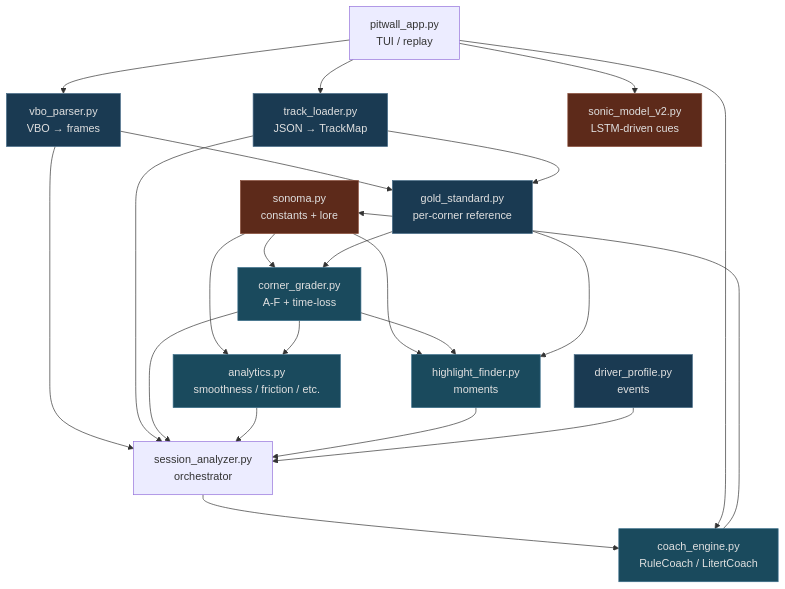
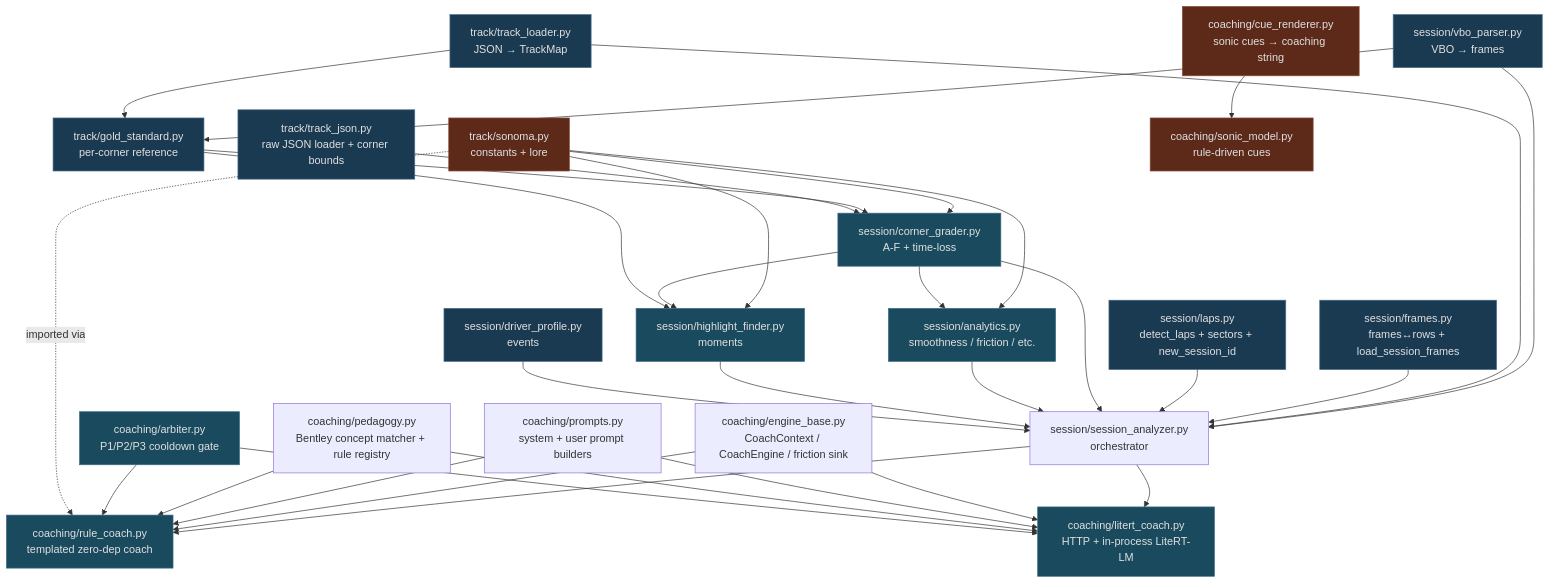
One commit to mlnomadpy/pitwall changed the second of 14 diagrams in docs/internal_architecture.md. Above: the diagram before and after it, drawn with Mermaid. The commit also changed other lines of this file and 14 other files, not shown here.

````diff
--- a/docs/internal_architecture.md
+++ b/docs/internal_architecture.md
@@ -98,44 +100,61 @@
 ```mermaid
 graph TD
-  sonoma[sonoma.py<br/>constants + lore]
-  vbo[vbo_parser.py<br/>VBO → frames]
-  track[track_loader.py<br/>JSON → TrackMap]
-  gold[gold_standard.py<br/>per-corner reference]
-  grader[corner_grader.py<br/>A-F + time-loss]
-  analytics[analytics.py<br/>smoothness / friction / etc.]
-  hl[highlight_finder.py<br/>moments]
-  profile[driver_profile.py<br/>events]
-  analyzer[session_analyzer.py<br/>orchestrator]
-  coach[coach_engine.py<br/>RuleCoach / LitertCoach]
-  sonic[sonic_model_v2.py<br/>LSTM-driven cues]
-  app[pitwall_app.py<br/>TUI / replay]
+  sonoma[track/sonoma.py<br/>constants + lore]
+  vbo[session/vbo_parser.py<br/>VBO → frames]
+  track[track/track_loader.py<br/>JSON → TrackMap]
+  trackjson[track/track_json.py<br/>raw JSON loader + corner bounds]
+  gold[track/gold_standard.py<br/>per-corner reference]
+  grader[session/corner_grader.py<br/>A-F + time-loss]
+  analytics[session/analytics.py<br/>smoothness / friction / etc.]
+  hl[session/highlight_finder.py<br/>moments]
+  profile[session/driver_profile.py<br/>events]
+  laps[session/laps.py<br/>detect_laps + sectors + new_session_id]
+  frames[session/frames.py<br/>frames↔rows + load_session_frames]
+  analyzer[session/session_analyzer.py<br/>orchestrator]
+  enginebase[coaching/engine_base.py<br/>CoachContext / CoachEngine / friction sink]
+  prompts[coaching/prompts.py<br/>system + user prompt builders]
+  pedagogy[coaching/pedagogy.py<br/>Bentley concept matcher + rule registry]
+  rule[coaching/rule_coach.py<br/>templated zero-dep coach]
+  litert[coaching/litert_coach.py<br/>HTTP + in-process LiteRT-LM]
+  arbiter[coaching/arbiter.py<br/>P1/P2/P3 cooldown gate]
+  cuerender[coaching/cue_renderer.py<br/>sonic cues → coaching string]
+  sonic[coaching/sonic_model.py<br/>rule-driven cues]
 
   vbo --> gold
   track --> gold
   vbo --> analyzer
   track --> analyzer
+  frames --> analyzer
+  laps --> analyzer
   sonoma --> grader
   gold --> grader
   grader --> analyzer
   sonoma --> analytics
   grader --> analytics
   analytics --> analyzer
   sonoma --> hl
   grader --> hl
   gold --> hl
   hl --> analyzer
   profile --> analyzer
-  analyzer --> coach
-  coach --> sonoma
-  app --> coach
-  app --> sonic
-  app --> track
-  app --> vbo
+  analyzer --> rule
+  analyzer --> litert
+  enginebase --> rule
+  enginebase --> litert
+  prompts --> litert
+  prompts --> rule
+  pedagogy --> rule
+  pedagogy --> litert
+  arbiter --> rule
+  arbiter --> litert
+  cuerender --> sonic
+  sonoma -.imported via.-> rule
+  trackjson --> grader
 
   classDef hot fill:#5d2a1a,stroke:#8a4e3a,color:#e0e0e0
   classDef warm fill:#1a4a5d,stroke:#3a6e8a,color:#e0e0e0
   classDef data fill:#1a3a52,stroke:#4a6e8a,color:#e0e0e0
-  class coach,grader,hl,analytics warm
-  class sonic,sonoma hot
-  class profile,gold,track,vbo data
+  class rule,litert,grader,hl,analytics,arbiter warm
+  class sonic,sonoma,cuerender hot
+  class profile,gold,track,trackjson,vbo,laps,frames data
 ```
````
